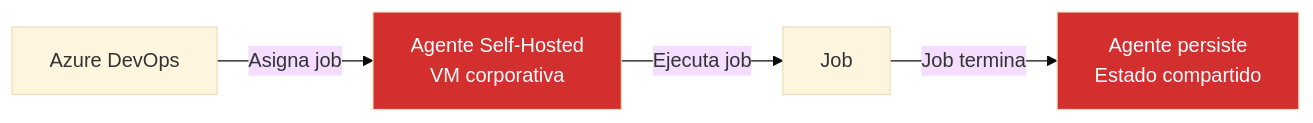
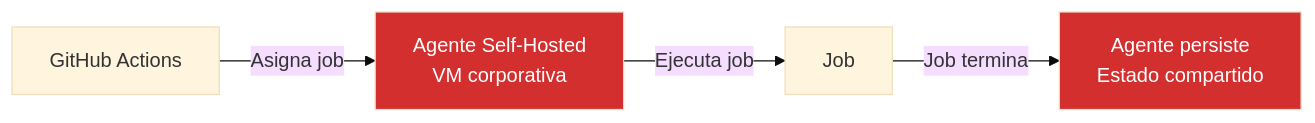
The third of 7 diagrams in docs/concepto02-anatomia-pipeline/index.md (jhonsanchez/workshop-devsecops-pipelines), drawn with Mermaid (base theme) before and after one commit. The commit also changed other lines of this file and 52 other files, not shown here.

First line of the commit message:
feat: pivot workshop from Azure DevOps to GitHub Actions

````diff
--- a/docs/concepto02-anatomia-pipeline/index.md
+++ b/docs/concepto02-anatomia-pipeline/index.md
@@ -160,9 +160,9 @@
 ```mermaid
 flowchart LR
-    AzDO[Azure DevOps] --> |Asigna job| Agent[Agente Self-Hosted<br/>VM corporativa]
+    AzDO[GitHub Actions] --> |Asigna job| Agent[Agente Self-Hosted<br/>VM corporativa]
     Agent --> |Ejecuta job| J[Job]
     J --> |Job termina| R[Agente persiste<br/>Estado compartido]
 
     style Agent fill:#d32f2f,color:#fff
     style R fill:#d32f2f,color:#fff
 ```
````
